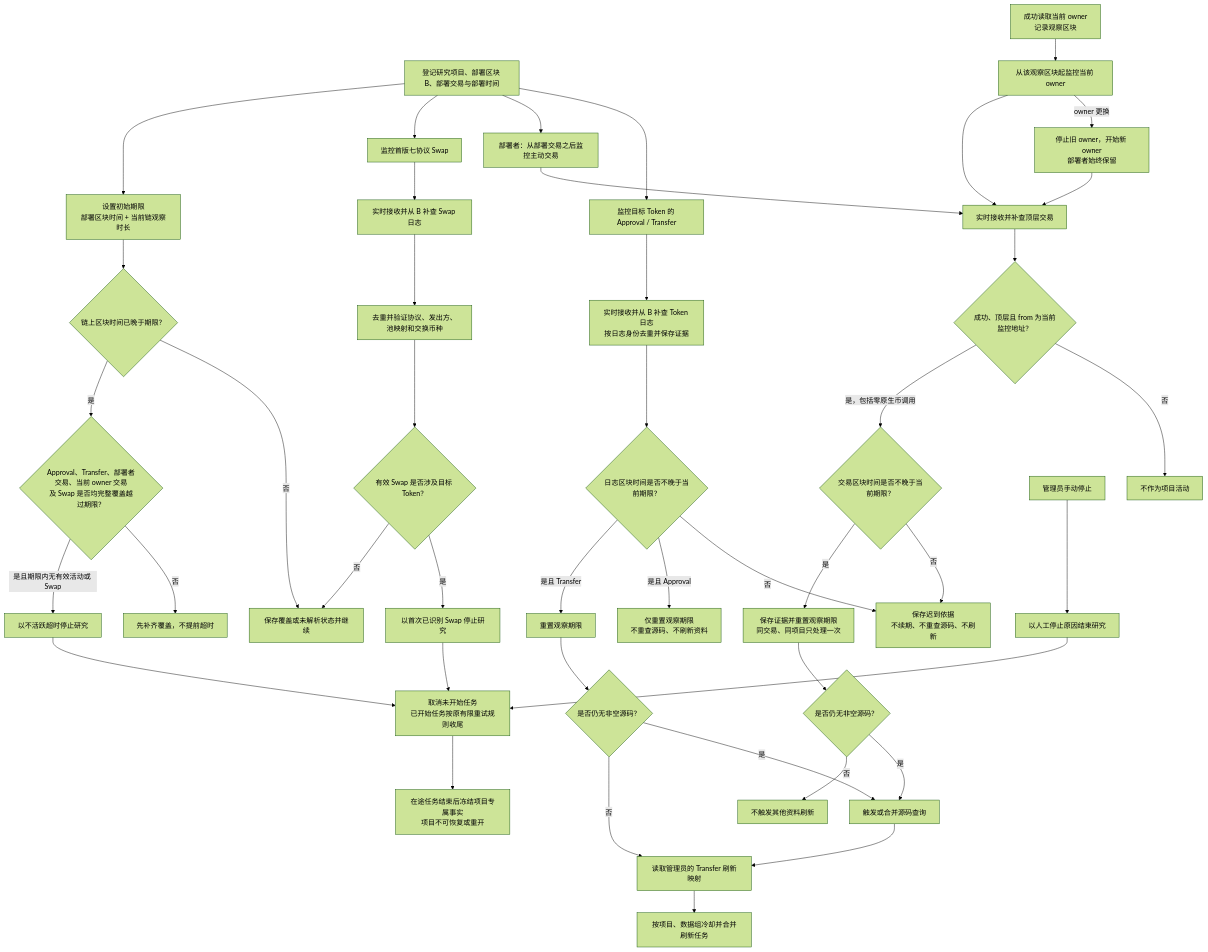
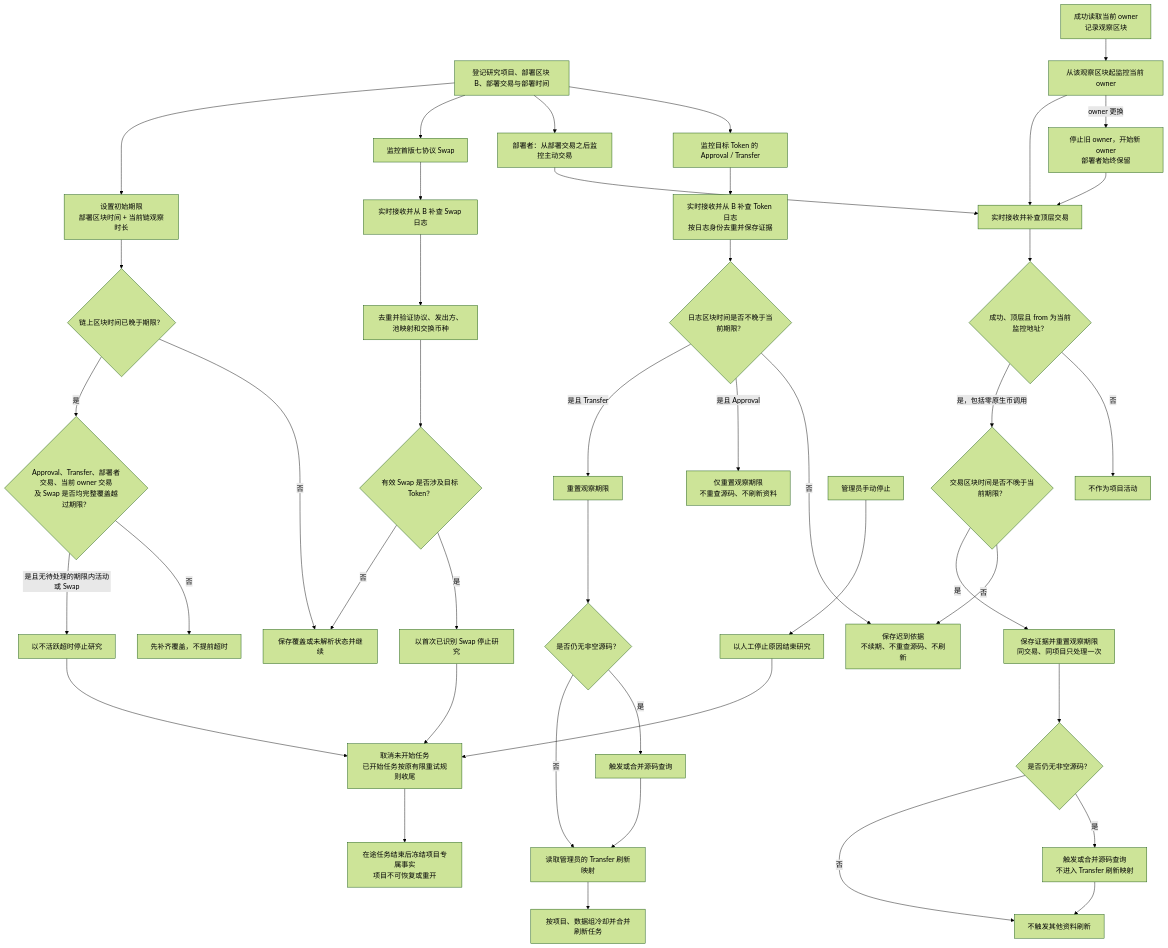
One commit to useryege/athena-o changed the diagram in docs/requirements/token/token-project-activity-flow.md. Above: the diagram before and after it, drawn with Mermaid (forest theme). The commit also changed other lines of this file and 12 other files, not shown here.

````diff
--- a/docs/requirements/token/token-project-activity-flow.md
+++ b/docs/requirements/token/token-project-activity-flow.md
@@ -25,50 +25,51 @@
 ```mermaid
 flowchart TD
     project["登记研究项目、部署区块 B、部署交易与部署时间"] --> tokenTarget["监控目标 Token 的 Approval / Transfer"]
     project --> walletTarget["部署者：从部署交易之后监控主动交易"]
     project --> swapTarget["监控首版七协议 Swap"]
     project --> deadline["设置初始期限<br/>部署区块时间 + 当前链观察时长"]
 
     tokenTarget --> tokenLog["实时接收并从 B 补查 Token 日志<br/>按日志身份去重并保存证据"]
     tokenLog --> logEligible{"日志区块时间是否不晚于当前期限？"}
     logEligible -->|否| late["保存迟到依据<br/>不续期、不重查源码、不刷新"]
     logEligible -->|是且 Approval| approval["仅重置观察期限<br/>不重查源码、不刷新资料"]
     logEligible -->|是且 Transfer| transfer["重置观察期限"]
     transfer --> transferSource{"是否仍无非空源码？"}
     transferSource -->|是| source["触发或合并源码查询"]
     transferSource -->|否| transferConfig["读取管理员的 Transfer 刷新映射"]
     source --> transferConfig
     transferConfig --> refresh["按项目、数据组冷却并合并刷新任务"]
 
     ownerRead["成功读取当前 owner<br/>记录观察区块"] --> ownerTarget["从该观察区块起监控当前 owner"]
     ownerTarget -->|owner 更换| ownerChange["停止旧 owner，开始新 owner<br/>部署者始终保留"]
     walletTarget --> walletTx["实时接收并补查顶层交易"]
     ownerTarget --> walletTx
     ownerChange --> walletTx
     walletTx --> validTx{"成功、顶层且 from 为当前监控地址？"}
     validTx -->|否| ignoreTx["不作为项目活动"]
     validTx -->|是，包括零原生币调用| txEligible{"交易区块时间是否不晚于当前期限？"}
     txEligible -->|否| late
     txEligible -->|是| txRenew["保存证据并重置观察期限<br/>同交易、同项目只处理一次"]
     txRenew --> txSource{"是否仍无非空源码？"}
-    txSource -->|是| source
+    txSource -->|是| walletSource["触发或合并源码查询<br/>不进入 Transfer 刷新映射"]
+    walletSource --> noRefresh
     txSource -->|否| noRefresh["不触发其他资料刷新"]
 
     swapTarget --> receiveSwap["实时接收并从 B 补查 Swap 日志"]
     receiveSwap --> verify["去重并验证协议、发出方、池映射和交换币种"]
     verify --> involved{"有效 Swap 是否涉及目标 Token？"}
     involved -->|是| stopSwap["以首次已识别 Swap 停止研究"]
     involved -->|否| continue["保存覆盖或未解析状态并继续"]
 
     deadline --> expiryCheck{"链上区块时间已晚于期限？"}
     expiryCheck -->|否| continue
     expiryCheck -->|是| covered{"Approval、Transfer、部署者交易、当前 owner 交易<br/>及 Swap 是否均完整覆盖越过期限？"}
     covered -->|否| catchup["先补齐覆盖，不提前超时"]
-    covered -->|是且期限内无有效活动或 Swap| stopTimeout["以不活跃超时停止研究"]
+    covered -->|是且无待处理的期限内活动或 Swap| stopTimeout["以不活跃超时停止研究"]
     admin["管理员手动停止"] --> stopManual["以人工停止原因结束研究"]
 
     stopSwap --> settle["取消未开始任务<br/>已开始任务按原有限重试规则收尾"]
     stopTimeout --> settle
     stopManual --> settle
     settle --> freeze["在途任务结束后冻结项目专属事实<br/>项目不可恢复或重开"]
 ```
````
